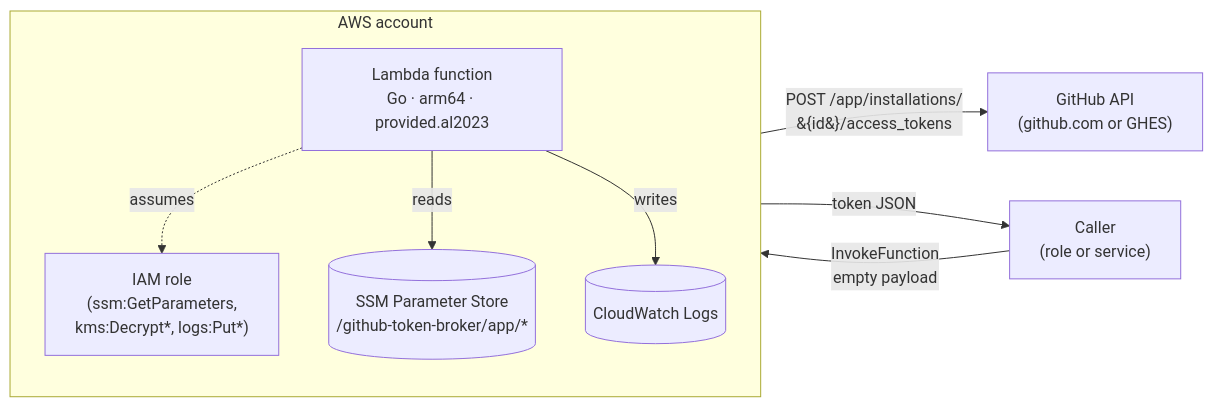
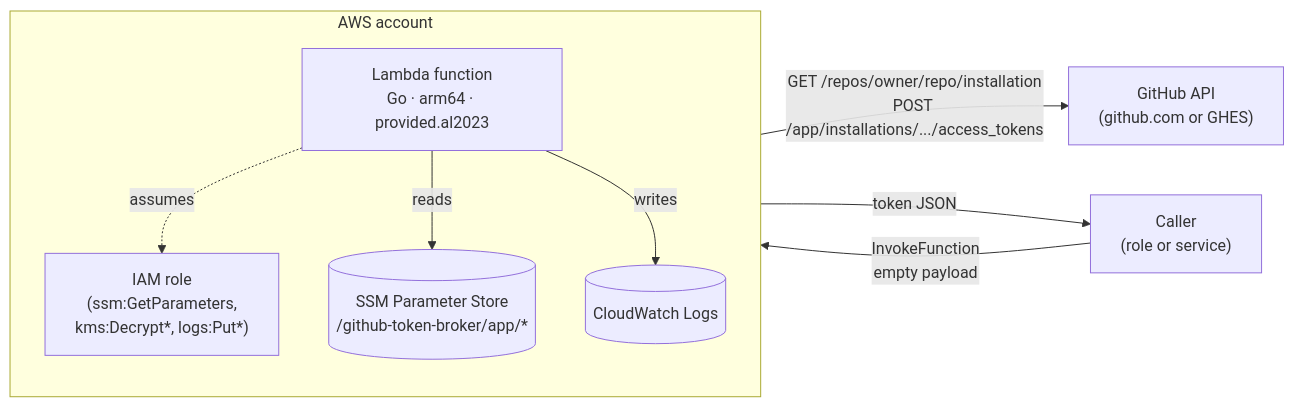
One commit to meigma/github-token-broker changed the first of 2 diagrams in docs/docs/explanation/architecture.md. Above: the diagram before and after it, drawn with Mermaid. The commit also changed other lines of this file and 23 other files, not shown here.

````diff
--- a/docs/docs/explanation/architecture.md
+++ b/docs/docs/explanation/architecture.md
@@ -11,18 +11,18 @@
 ```mermaid
 flowchart LR
   Caller["Caller<br/>(role or service)"]
   subgraph AWS[AWS account]
     direction TB
     Lambda["Lambda function<br/>Go · arm64 · provided.al2023"]
     Role["IAM role<br/>(ssm:GetParameters,<br/>kms:Decrypt*, logs:Put*)"]
     SSM[("SSM Parameter Store<br/>/github-token-broker/app/*")]
     Logs[("CloudWatch Logs")]
     Lambda -.assumes.-> Role
     Lambda -->|reads| SSM
     Lambda -->|writes| Logs
   end
   GitHub["GitHub API<br/>(github.com or GHES)"]
   Caller -->|InvokeFunction<br/>empty payload| Lambda
-  Lambda -->|POST /app/installations/<br/>&#123;id&#125;/access_tokens| GitHub
+  Lambda -->|GET /repos/owner/repo/installation<br/>POST /app/installations/.../access_tokens| GitHub
   Lambda -->|token JSON| Caller
 ```
````
